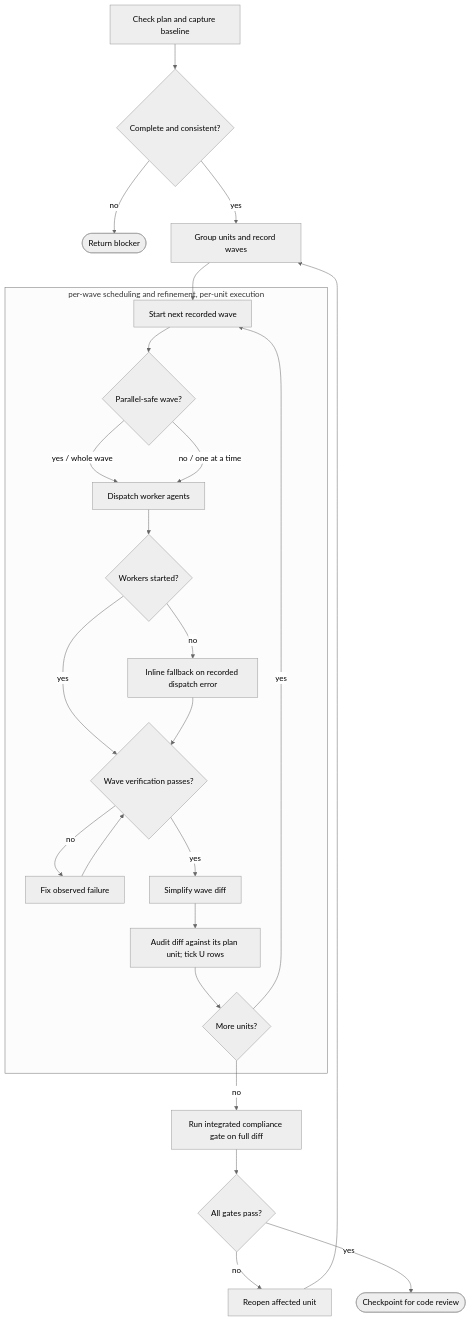
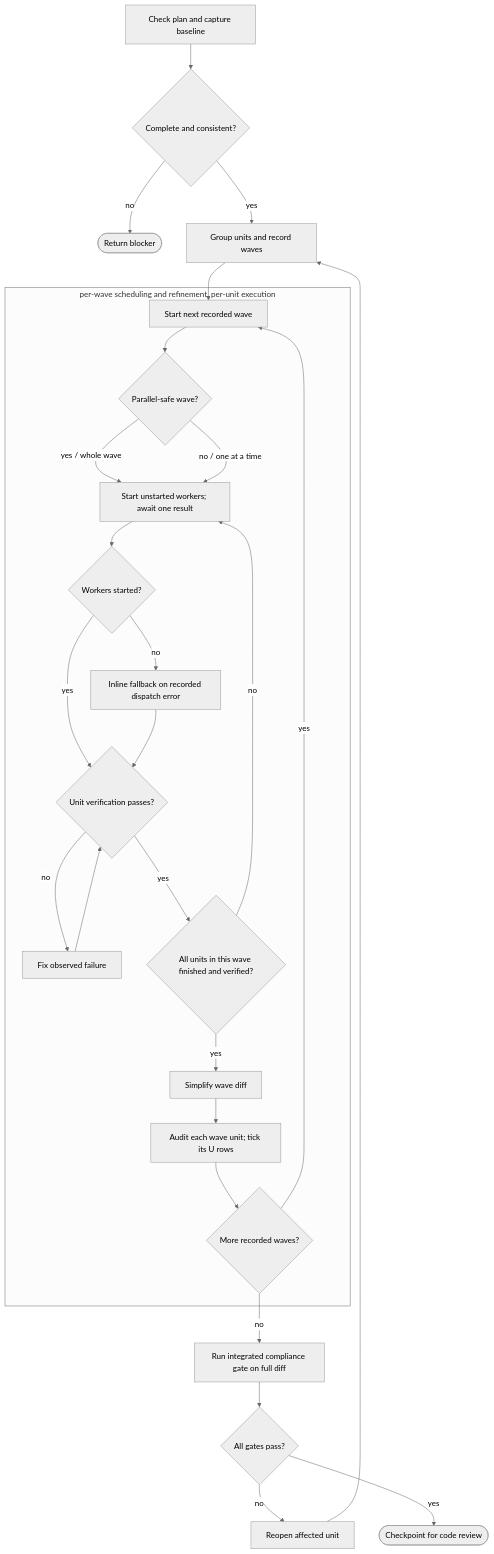
One commit to waynejing995/wayne-taste changed the diagram in wayne-work/SKILL.md. Above: the diagram before and after it, drawn with Mermaid (neutral theme). The commit also changed other lines of this file and 1 other file, not shown here.

````diff
--- a/wayne-work/SKILL.md
+++ b/wayne-work/SKILL.md
@@ -20,48 +20,51 @@
 ```mermaid
 flowchart TB
     A["Check plan and capture baseline"]
     B{"Complete and consistent?"}
     X(["Return blocker"])
     C["Group units and record waves"]
 
     subgraph cluster_unit["per-wave scheduling and refinement, per-unit execution"]
         D["Start next recorded wave"]
         E{"Parallel-safe wave?"}
-        R["Dispatch worker agents"]
+        R["Start unstarted workers; await one result"]
         P{"Workers started?"}
         F["Inline fallback on recorded dispatch error"]
-        G{"Wave verification passes?"}
+        G{"Unit verification passes?"}
         T["Fix observed failure"]
+        W{"All units in this wave finished and verified?"}
         S["Simplify wave diff"]
-        H["Audit diff against its plan unit; tick U rows"]
-        I{"More units?"}
+        H["Audit each wave unit; tick its U rows"]
+        I{"More recorded waves?"}
     end
 
     J["Run integrated compliance gate on full diff"]
     K{"All gates pass?"}
     M["Reopen affected unit"]
     L(["Checkpoint for code review"])
 
     A --> B
     B -->|"no"| X
     B -->|"yes"| C
     C --> D
     D --> E
     E -->|"yes / whole wave"| R
     E -->|"no / one at a time"| R
     R --> P
     P -->|"yes"| G
     P -->|"no"| F
     F --> G
     G -->|"no"| T
     T --> G
-    G -->|"yes"| S
+    G -->|"yes"| W
+    W -->|"no"| R
+    W -->|"yes"| S
     S --> H
     H --> I
     I -->|"yes"| D
     I -->|"no"| J
     J --> K
     K -->|"no"| M
     M --> C
     K -->|"yes"| L
 ```
````
